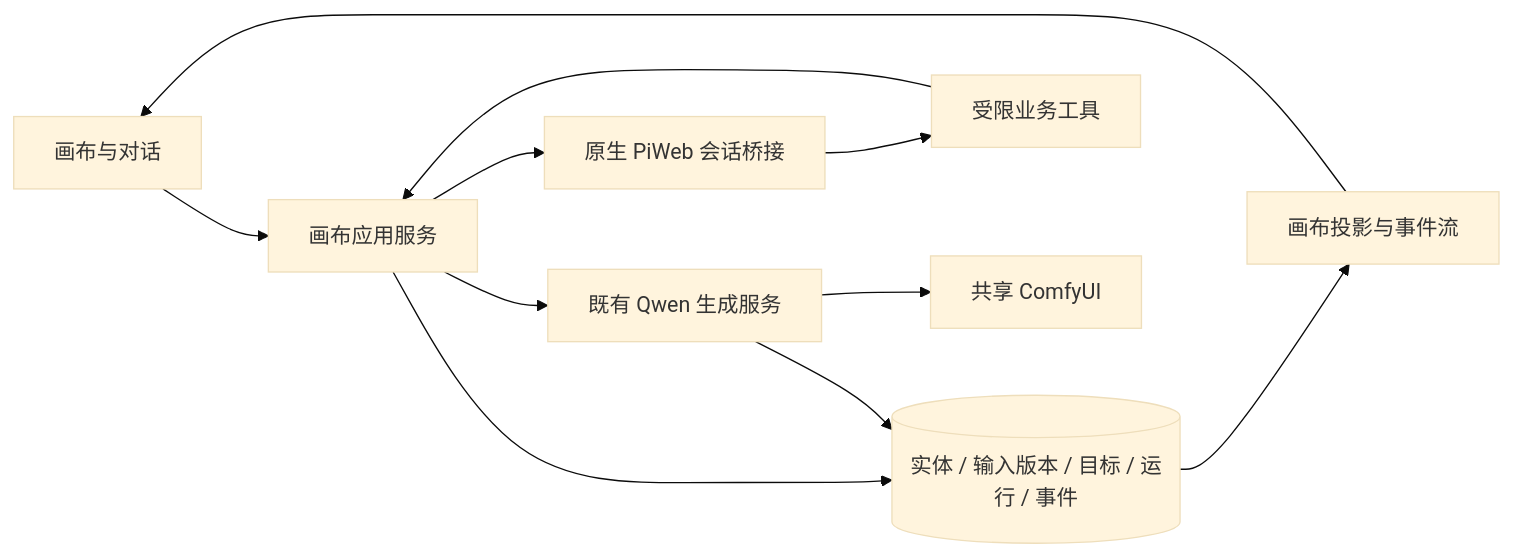
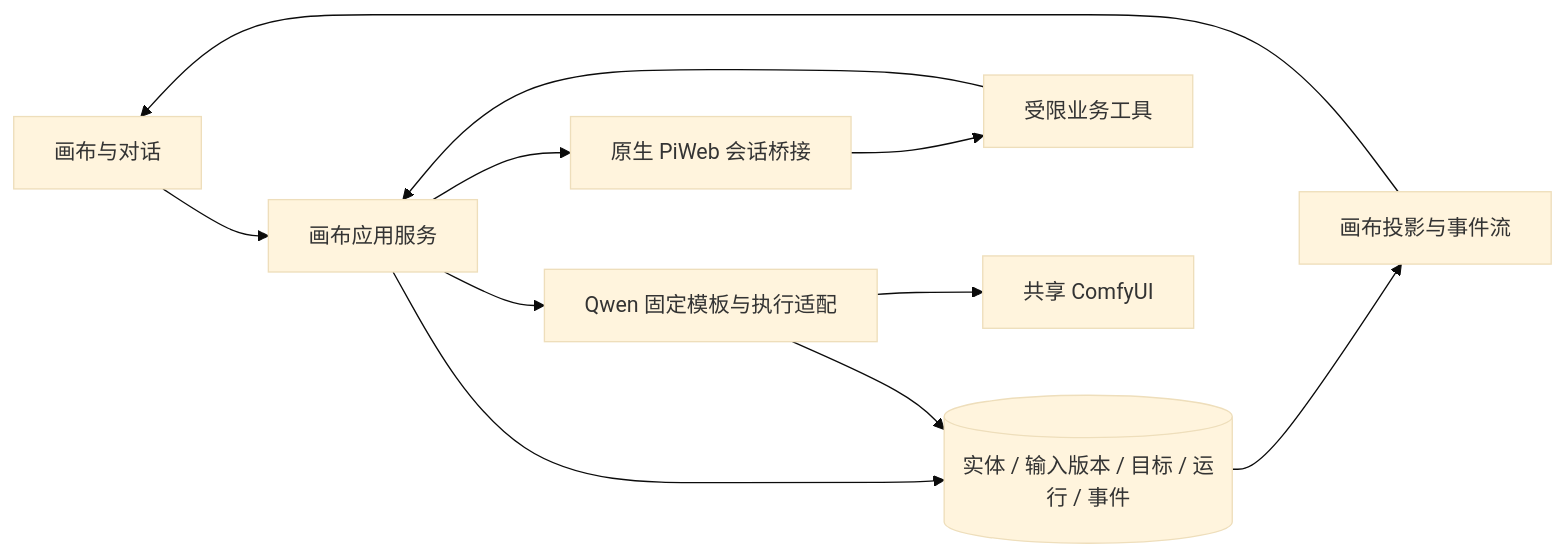
One commit to xiangshushu1980/ShushuLearnAIVedio changed the diagram in docs/design/sean_entity_canvas_pi_v1.md. Above: the diagram before and after it, drawn with Mermaid (base theme). The commit also changed other lines of this file and 6 other files, not shown here.

````diff
--- a/docs/design/sean_entity_canvas_pi_v1.md
+++ b/docs/design/sean_entity_canvas_pi_v1.md
@@ -125,13 +127,13 @@
 ```mermaid
 flowchart LR
   UI[画布与对话] --> API[画布应用服务]
   API --> DB[(实体 / 输入版本 / 目标 / 运行 / 事件)]
   API --> PI[原生 PiWeb 会话桥接]
   PI --> T[受限业务工具]
   T --> API
-  API --> GEN[既有 Qwen 生成服务]
+  API --> GEN[Qwen 固定模板与执行适配]
   GEN --> COMFY[共享 ComfyUI]
   GEN --> DB
   DB --> VIEW[画布投影与事件流]
   VIEW --> UI
 ```
````
